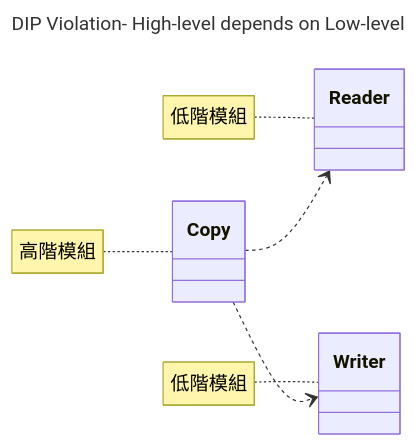
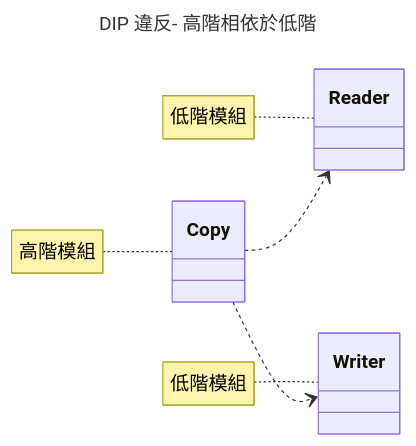
Before and after one commit to nlhsueh/teach_sw_fw: diagram 13 of 17 in Part3_Principle/ch08_oo.md, drawn with Mermaid. The commit also changed other lines of this file and 1 other file, not shown here.

Commit message:
style: translate diagram titles and notes to Chinese in ch07 and ch08

````diff
--- a/Part3_Principle/ch08_oo.md
+++ b/Part3_Principle/ch08_oo.md
@@ -739,17 +735,17 @@
 ```mermaid
 ---
-title: DIP Violation- High-level depends on Low-level
+title: DIP 違反- 高階相依於低階
 ---
 classDiagram
     direction LR
     class Copy
     class Reader
     class Writer
 
     Copy ..> Reader
     Copy ..> Writer
 
     note for Copy "高階模組"
     note for Reader "低階模組"
     note for Writer "低階模組"
 ```
````
